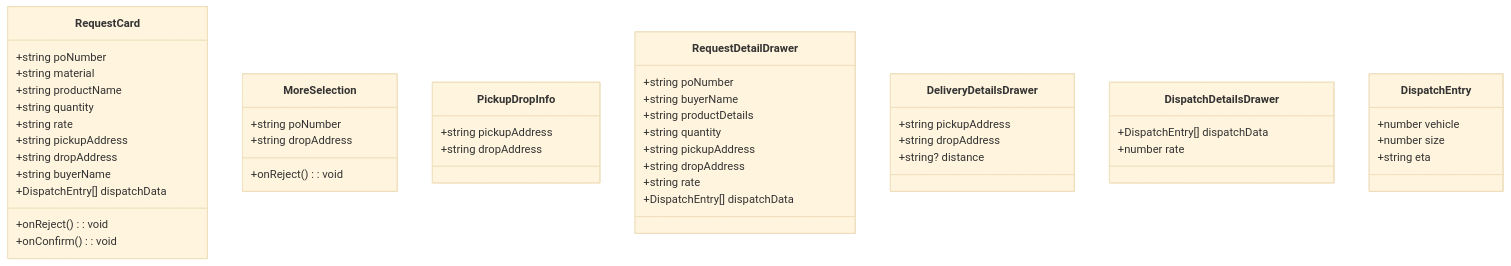
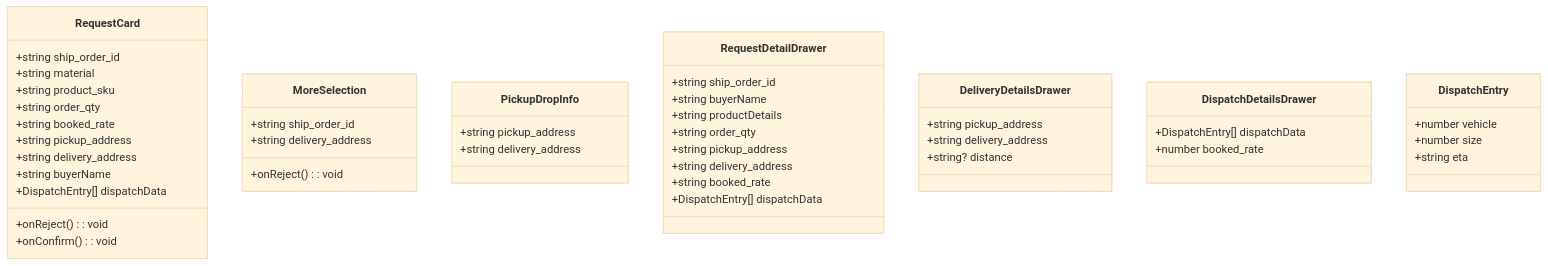
The fourth of 4 diagrams in README.new-orders.md (ayooshS/freightfox-frontend), drawn with Mermaid (base theme) before and after one commit. The commit also changed other lines of this file and 38 other files, not shown here.

````diff
--- a/README.new-orders.md
+++ b/README.new-orders.md
@@ -219,56 +219,56 @@
 ```mermaid
 classDiagram
 
 class RequestCard {
-  +string poNumber
+  +string ship_order_id
   +string material
-  +string productName
-  +string quantity
-  +string rate
-  +string pickupAddress
-  +string dropAddress
+  +string product_sku
+  +string order_qty
+  +string booked_rate
+  +string pickup_address
+  +string delivery_address
   +string buyerName
   +DispatchEntry[] dispatchData
   +onReject(): void
   +onConfirm(): void
 }
 
 class MoreSelection {
-  +string poNumber
-  +string dropAddress
+  +string ship_order_id
+  +string delivery_address
   +onReject(): void
 }
 
 class PickupDropInfo {
-  +string pickupAddress
-  +string dropAddress
+  +string pickup_address
+  +string delivery_address
 }
 
 class RequestDetailDrawer {
-  +string poNumber
+  +string ship_order_id
   +string buyerName
   +string productDetails
-  +string quantity
-  +string pickupAddress
-  +string dropAddress
-  +string rate
+  +string order_qty
+  +string pickup_address
+  +string delivery_address
+  +string booked_rate
   +DispatchEntry[] dispatchData
 }
 
 class DeliveryDetailsDrawer {
-  +string pickupAddress
-  +string dropAddress
+  +string pickup_address
+  +string delivery_address
   +string? distance
 }
 
 class DispatchDetailsDrawer {
   +DispatchEntry[] dispatchData
-  +number rate
+  +number booked_rate
 }
 
 class DispatchEntry {
   +number vehicle
   +number size
   +string eta
 }
 ```
````
